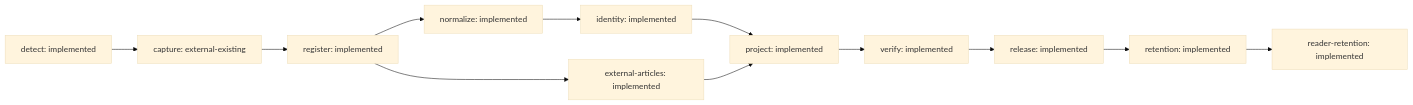
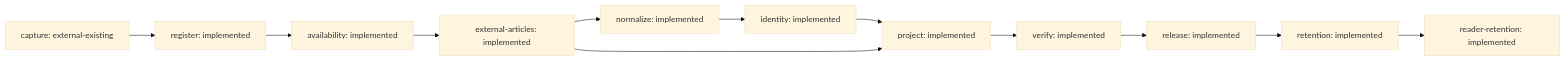
One commit to rk-gamemods/HumanHostWiki changed the second of 2 diagrams in docs/REPOSITORIES.md. Above: the diagram before and after it, drawn with Mermaid (base theme). The commit also changed other lines of this file and 22 other files, not shown here.

First line of the commit message:
Index every document and make the stage graph match execution

````diff
--- a/docs/REPOSITORIES.md
+++ b/docs/REPOSITORIES.md
@@ -77,25 +77,25 @@
 ```mermaid
 flowchart LR
-  detect["detect: implemented"]
   capture["capture: external-existing"]
-  detect --> capture
   register["register: implemented"]
   capture --> register
+  availability["availability: implemented"]
+  register --> availability
   external-articles["external-articles: implemented"]
-  register --> external-articles
+  availability --> external-articles
   normalize["normalize: implemented"]
-  register --> normalize
+  external-articles --> normalize
   identity["identity: implemented"]
   normalize --> identity
   project["project: implemented"]
   identity --> project
   external-articles --> project
   verify["verify: implemented"]
   project --> verify
   release["release: implemented"]
   verify --> release
   retention["retention: implemented"]
   release --> retention
   reader-retention["reader-retention: implemented"]
   retention --> reader-retention
 ```
````
